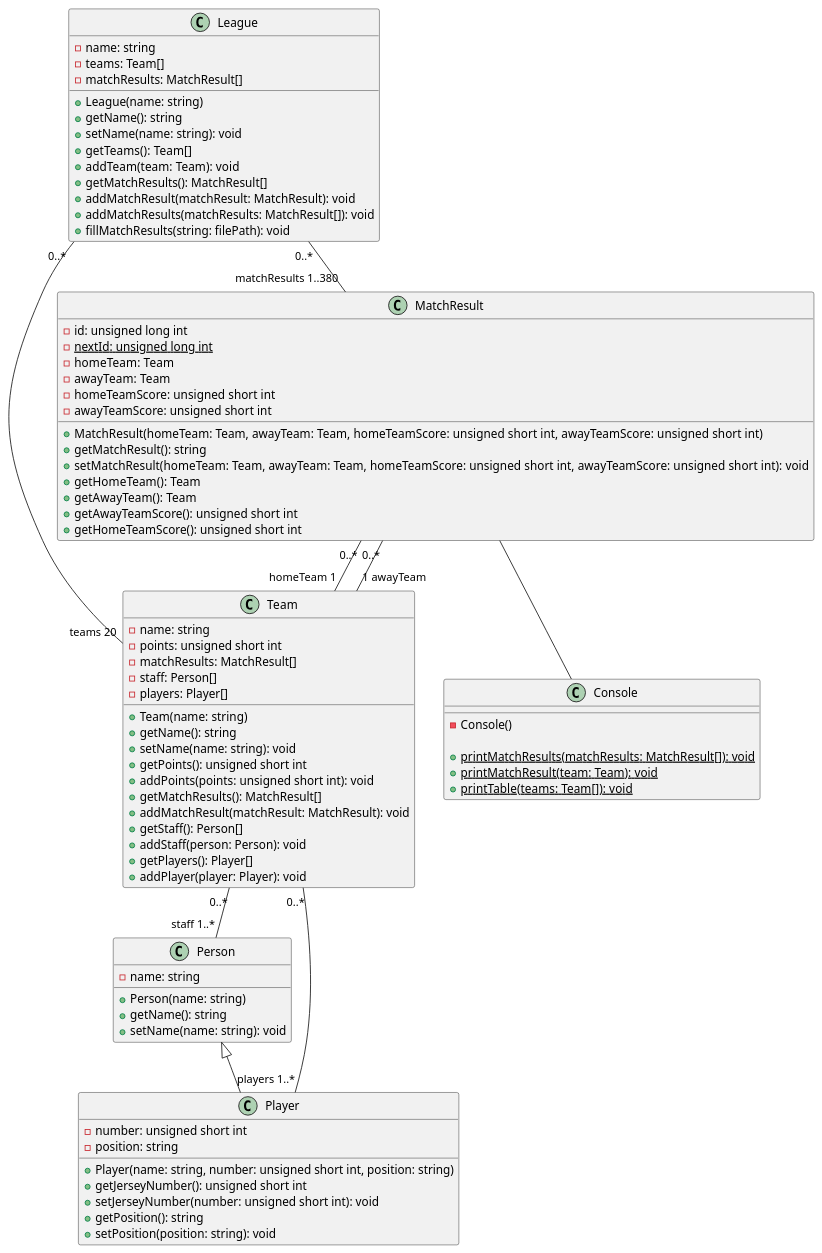
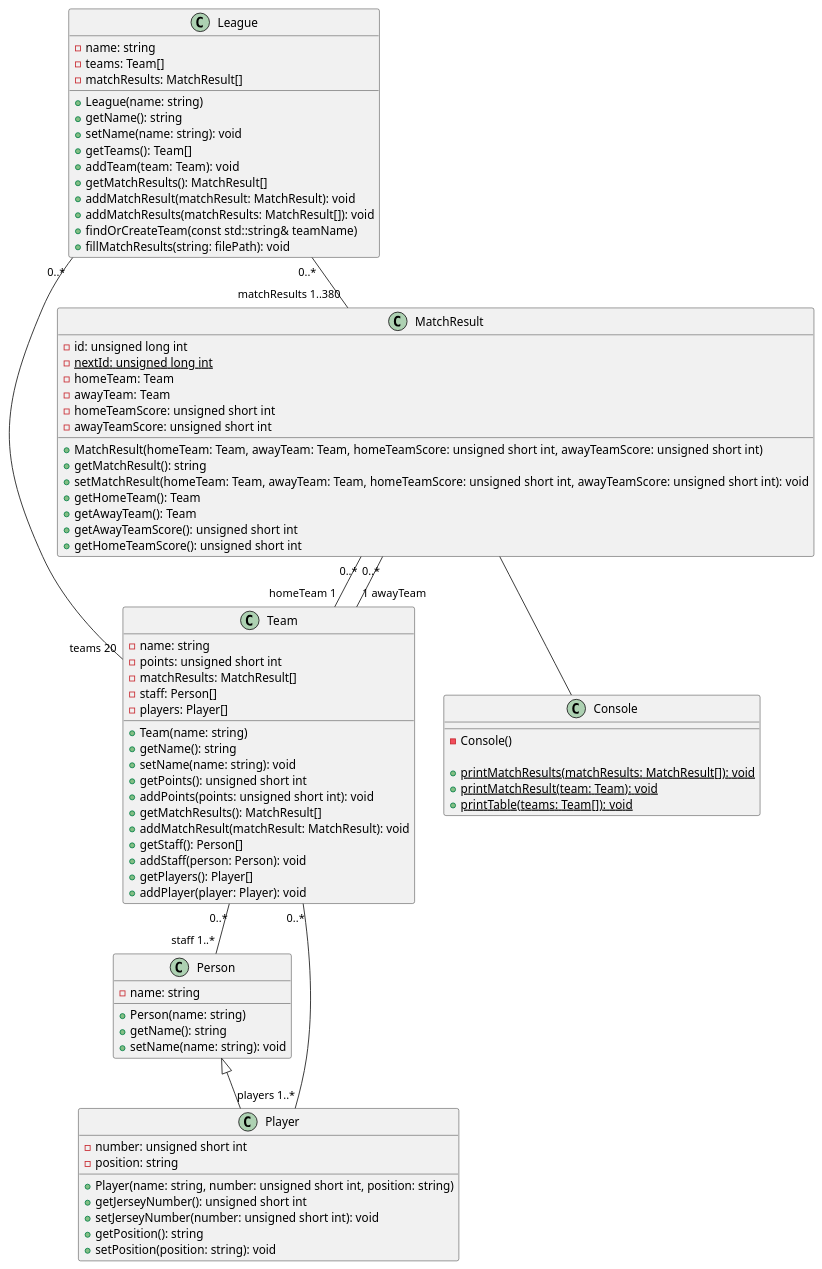
Before and after one commit to viniciusmioto/finta: the diagram in project/init-classes.puml, drawn with PlantUML. The commit also changed 2 other files, not shown here.

```diff
--- a/project/init-classes.puml
+++ b/project/init-classes.puml
@@ -1,92 +1,93 @@
 @startuml name "finta"
 
 class MatchResult {
   - id: unsigned long int
   - {static} nextId: unsigned long int
   - homeTeam: Team
   - awayTeam: Team
   - homeTeamScore: unsigned short int
   - awayTeamScore: unsigned short int
 
   + MatchResult(homeTeam: Team, awayTeam: Team, homeTeamScore: unsigned short int, awayTeamScore: unsigned short int)
   + getMatchResult(): string
   + setMatchResult(homeTeam: Team, awayTeam: Team, homeTeamScore: unsigned short int, awayTeamScore: unsigned short int): void
   + getHomeTeam(): Team
   + getAwayTeam(): Team
   + getAwayTeamScore(): unsigned short int
   + getHomeTeamScore(): unsigned short int
 }
 
 class Team {
   - name: string
   - points: unsigned short int
   - matchResults: MatchResult[]
   - staff: Person[]
   - players: Player[]
   
   + Team(name: string)
   + getName(): string
   + setName(name: string): void
   + getPoints(): unsigned short int
   + addPoints(points: unsigned short int): void
   + getMatchResults(): MatchResult[]
   + addMatchResult(matchResult: MatchResult): void
   + getStaff(): Person[]
   + addStaff(person: Person): void
   + getPlayers(): Player[]
   + addPlayer(player: Player): void
 }
 
 class Person {
   - name: string
 
   + Person(name: string)
   + getName(): string
   + setName(name: string): void
 }
 
 class Player {
   - number: unsigned short int
   - position: string
 
   + Player(name: string, number: unsigned short int, position: string)
   + getJerseyNumber(): unsigned short int
   + setJerseyNumber(number: unsigned short int): void
   + getPosition(): string
   + setPosition(position: string): void
 }
 
 class League {
   - name: string
   - teams: Team[]
   - matchResults: MatchResult[]
 
   + League(name: string)
   + getName(): string
   + setName(name: string): void
   + getTeams(): Team[]
   + addTeam(team: Team): void
   + getMatchResults(): MatchResult[]
   + addMatchResult(matchResult: MatchResult): void
   + addMatchResults(matchResults: MatchResult[]): void
+  + findOrCreateTeam(const std::string& teamName)
   + fillMatchResults(string: filePath): void
 }
 
 class Console {
   - Console()
 
   + {static} printMatchResults(matchResults: MatchResult[]): void
   + {static} printMatchResult(team: Team): void
   + {static} printTable(teams: Team[]): void
 }
 
 MatchResult "0..*" -- "homeTeam 1" Team
 MatchResult "0..*" -- "1 awayTeam" Team 
 Person <|-- Player
 Team "0..*" -- "staff 1..*" Person
 Team "0..*" -- "players 1..*" Player
 League "0..*" -- "teams 20" Team
 League "0..*" -- "matchResults 1..380" MatchResult
 MatchResult -- Console
 
 @enduml
```
